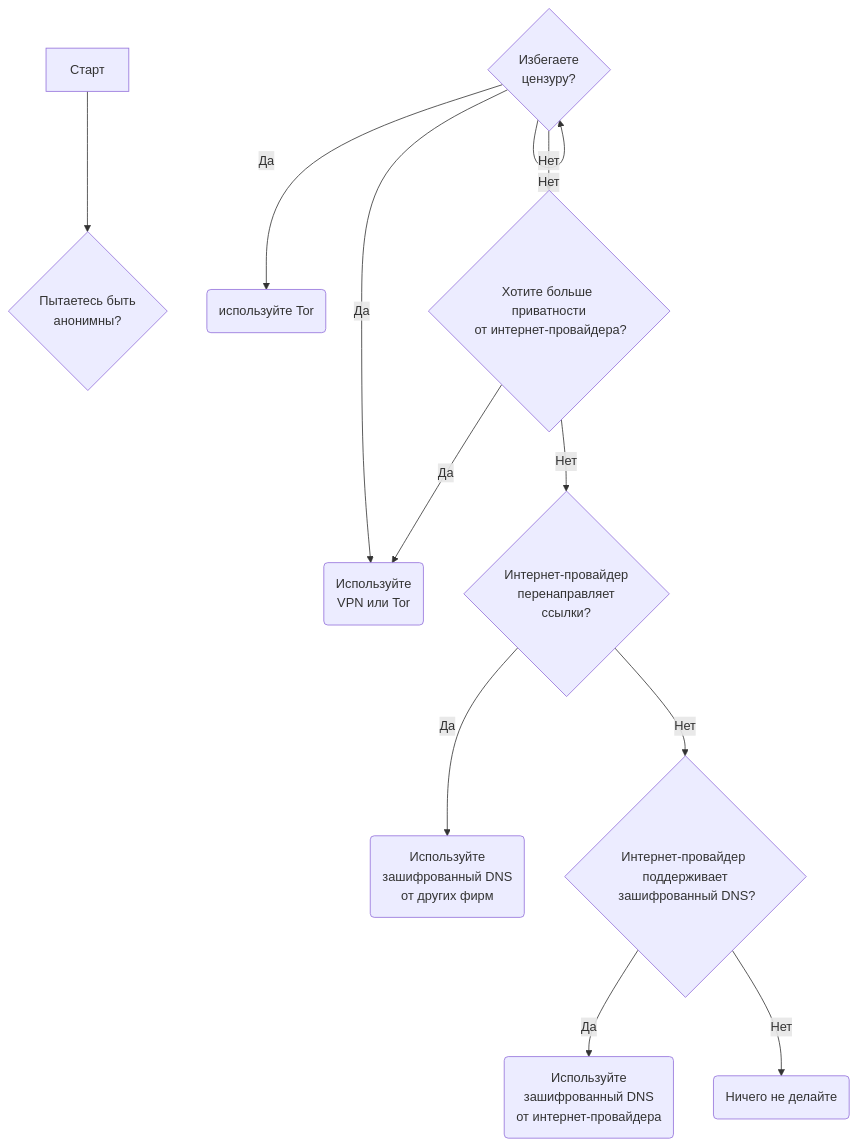
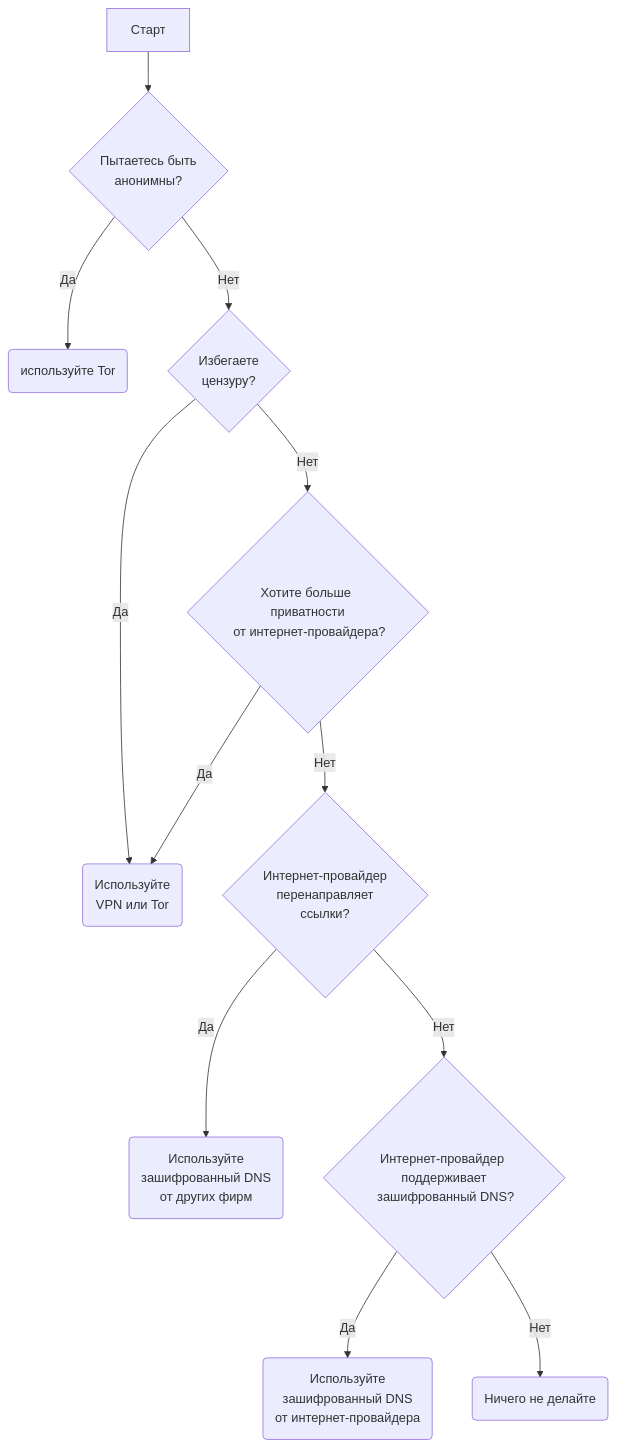
One commit to privacyguides/i18n changed the diagram in i18n/ru/advanced/dns-overview.md. Above: the diagram before and after it, drawn with Mermaid. The commit also changed 85 other files, not shown here.

````diff
--- a/i18n/ru/advanced/dns-overview.md
+++ b/i18n/ru/advanced/dns-overview.md
@@ -263,14 +263,14 @@
 ``` mermaid
 graph TB
     Start[Старт] --> anonymous{Пытаетесь быть <br> анонимны?}
-    censorship --> | Да | tor(используйте Tor)
-    censorship --> | Нет | censorship{Избегаете<br> цензуру?}
+    anonymous --> | Да | tor(используйте Tor)
+    anonymous --> | Нет | censorship{Избегаете<br> цензуру?}
     censorship --> | Да| vpnOrTor(Используйте<br> VPN или Tor)
     censorship --> | Нет| privacy{Хотите больше приватности<br> от интернет-провайдера?}
     privacy --> | Да | vpnOrTor
     privacy --> | Нет | obnoxious{Интернет-провайдер <br> перенаправляет<br> ссылки?}
     obnoxious --> | Да | encryptedDNS(Используйте<br> зашифрованный DNS<br> от других фирм)
     obnoxious --> | Нет | ispDNS{Интернет-провайдер поддерживает<br> зашифрованный DNS?}
     ispDNS --> | Да | useISP(Используйте<br> зашифрованный DNS<br> от интернет-провайдера)
     ispDNS --> | Нет | nothing(Ничего не делайте)
 ```
````
